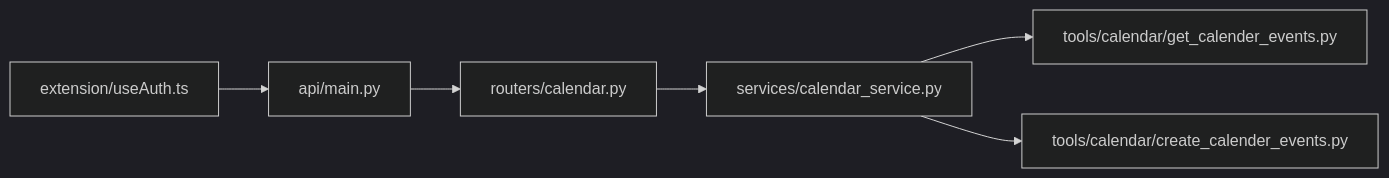
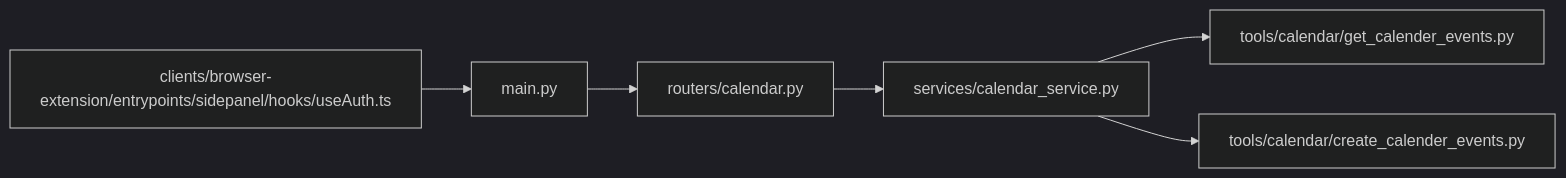
Before and after one commit to tashifkhan/tashif.codes: the seventh of 7 diagrams in src/data/docs/agentic-browser/Service Integrations/Calendar Integration.md, drawn with Mermaid (dark theme). The commit also changed other lines of this file and 2128 other files, not shown here.

First line of the commit message:
docs: replace raster diagram images with native Mermaid across project guides

````diff
--- a/src/data/docs/agentic-browser/Service Integrations/Calendar Integration.md
+++ b/src/data/docs/agentic-browser/Service Integrations/Calendar Integration.md
@@ -204,8 +204,8 @@
 ```mermaid
 graph LR
-Main["api/main.py"] --> CalR["routers/calendar.py"]
+Main["main.py"] --> CalR["routers/calendar.py"]
 CalR --> Svc["services/calendar_service.py"]
 Svc --> TGet["tools/calendar/get_calender_events.py"]
 Svc --> TPost["tools/calendar/create_calender_events.py"]
-Ext["extension/useAuth.ts"] --> Main
+Ext["clients/browser-extension/entrypoints/sidepanel/hooks/useAuth.ts"] --> Main
 ```
````
